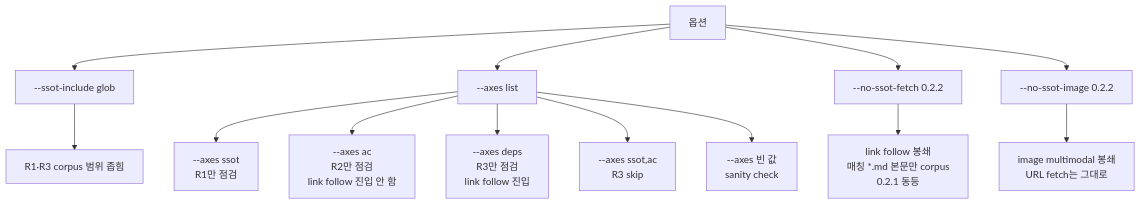
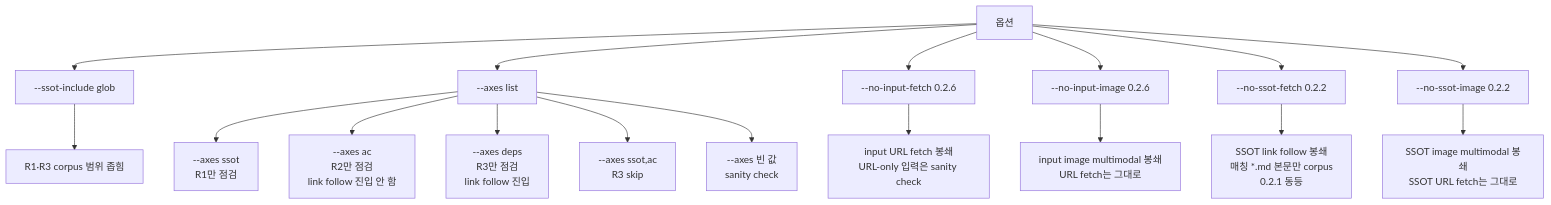
One commit to inkwonjung-colosseum/plugins changed the eighth of 8 diagrams in planning-kit/docs/planning-review-workflow.md. Above: the diagram before and after it, drawn with Mermaid. The commit also changed other lines of this file and 15 other files, not shown here.

````diff
--- a/planning-kit/docs/planning-review-workflow.md
+++ b/planning-kit/docs/planning-review-workflow.md
@@ -181,16 +204,20 @@
 ```mermaid
 flowchart TD
   OPT[옵션] --> O1[--ssot-include glob]
   OPT --> O2[--axes list]
-  OPT --> O3[--no-ssot-fetch 0.2.2]
-  OPT --> O4[--no-ssot-image 0.2.2]
+  OPT --> O3["--no-input-fetch 0.2.6"]
+  OPT --> O4["--no-input-image 0.2.6"]
+  OPT --> O5["--no-ssot-fetch 0.2.2"]
+  OPT --> O6["--no-ssot-image 0.2.2"]
 
   O1 --> E1[R1·R3 corpus 범위 좁힘]
   O2 --> E2A[--axes ssot<br/>R1만 점검]
   O2 --> E2B[--axes ac<br/>R2만 점검<br/>link follow 진입 안 함]
   O2 --> E2C[--axes deps<br/>R3만 점검<br/>link follow 진입]
   O2 --> E2D[--axes ssot,ac<br/>R3 skip]
   O2 --> E2E[--axes 빈 값<br/>sanity check]
-  O3 --> E3[link follow 봉쇄<br/>매칭 *.md 본문만 corpus<br/>0.2.1 동등]
-  O4 --> E4[image multimodal 봉쇄<br/>URL fetch는 그대로]
+  O3 --> E3[input URL fetch 봉쇄<br/>URL-only 입력은 sanity check]
+  O4 --> E4[input image multimodal 봉쇄<br/>URL fetch는 그대로]
+  O5 --> E5[SSOT link follow 봉쇄<br/>매칭 *.md 본문만 corpus<br/>0.2.1 동등]
+  O6 --> E6[SSOT image multimodal 봉쇄<br/>SSOT URL fetch는 그대로]
 ```
````
